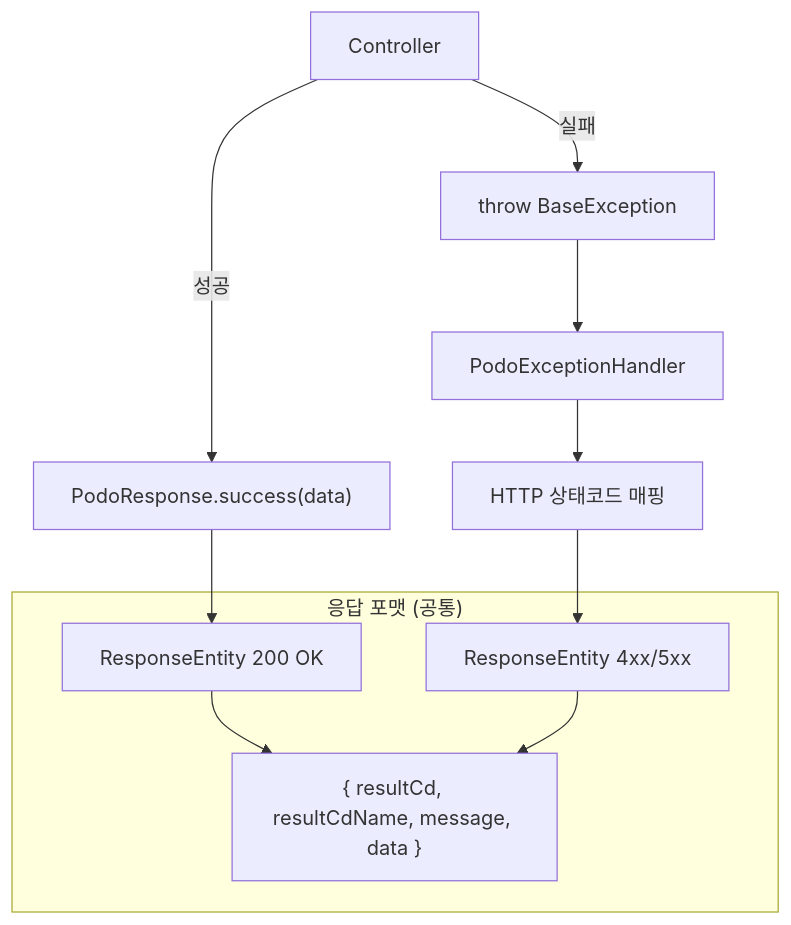
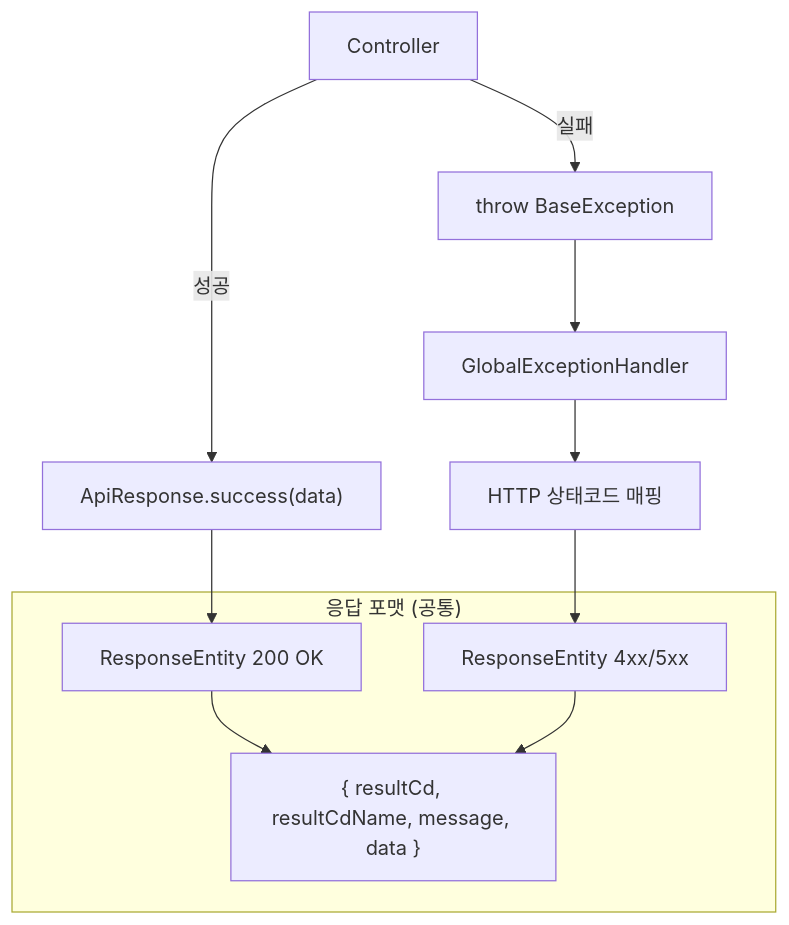
The diagram in content/posts/api-response-error-standardization.md (devy1540/devy1540.github.io), drawn with Mermaid before and after one commit. The commit also changed other lines of this file and 2 other files, not shown here.

Commit message:
feat: update api-response-error-standardization post with git history research and Grafana screenshots

````diff
--- a/content/posts/api-response-error-standardization.md
+++ b/content/posts/api-response-error-standardization.md
@@ -117,15 +175,15 @@
 ```mermaid
 flowchart TB
-    C["Controller"] -->|성공| R["PodoResponse.success(data)"]
+    C["Controller"] -->|성공| R["ApiResponse.success(data)"]
     R --> RE["ResponseEntity 200 OK"]
 
     C -->|실패| T["throw BaseException"]
-    T --> H["PodoExceptionHandler"]
+    T --> H["GlobalExceptionHandler"]
     H --> M["HTTP 상태코드 매핑"]
     M --> ER["ResponseEntity 4xx/5xx"]
 
     subgraph "응답 포맷 (공통)"
         RE --> J["{ resultCd, resultCdName, message, data }"]
         ER --> J
     end
 ```
````
